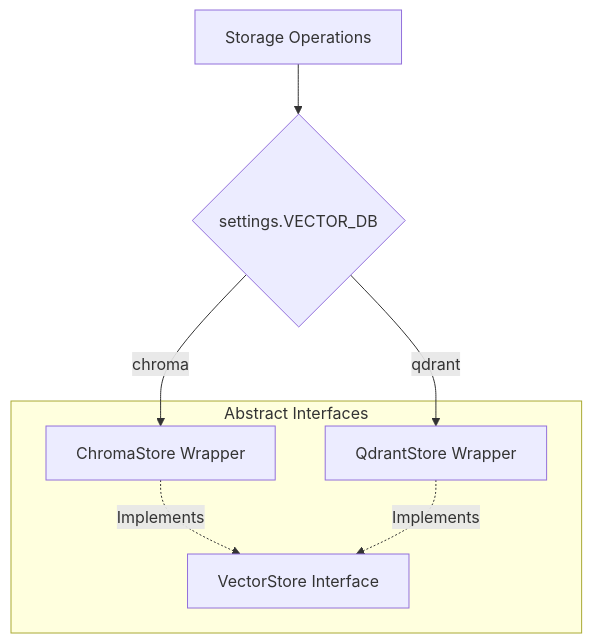
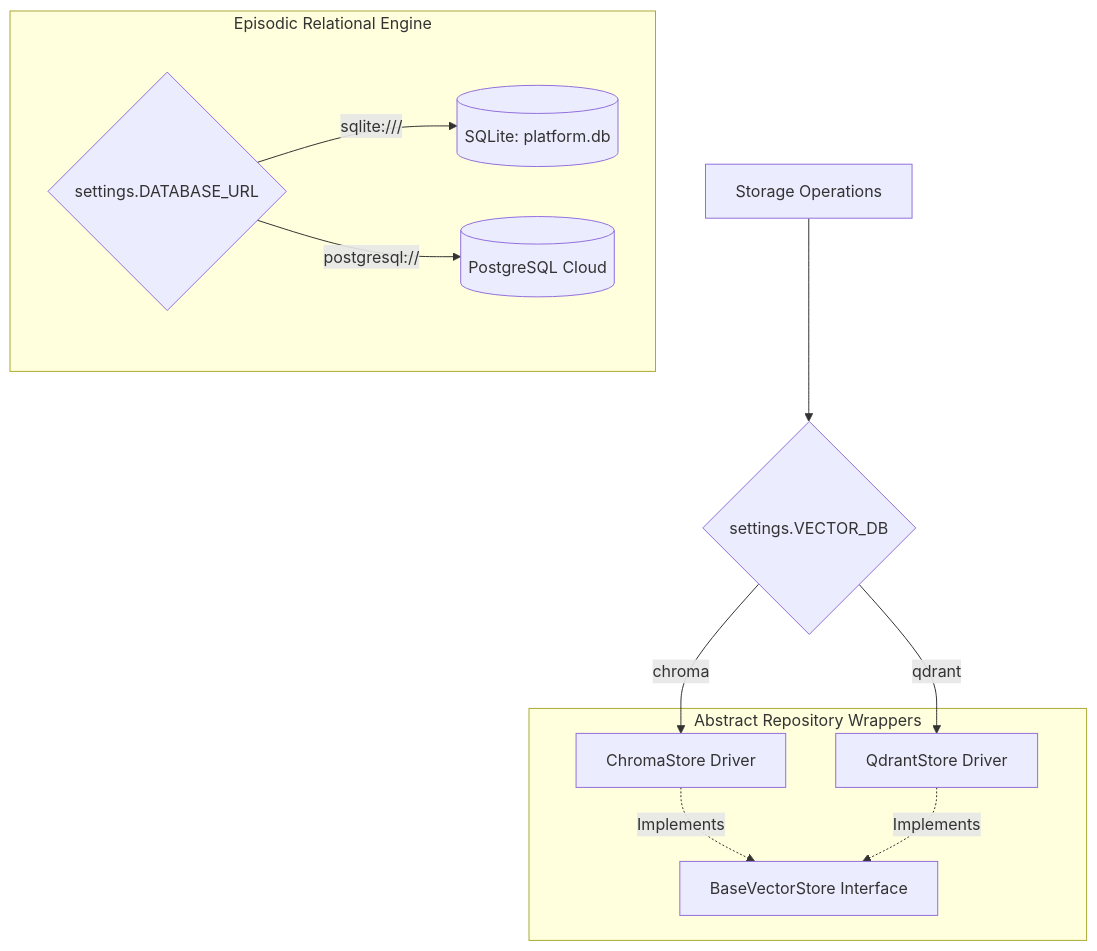
One commit to Akash-paluvai/XLVentures changed the first of 2 diagrams in docs/memory.md. Above: the diagram before and after it, drawn with Mermaid. The commit also changed other lines of this file and 5 other files, not shown here.

Commit message:
docs: complete detailed document directory with architecture, planner, memory, agents, and deployment guides

````diff
--- a/docs/memory.md
+++ b/docs/memory.md
@@ -31,11 +9,17 @@
 ```mermaid
 graph TD
     Sub[Storage Operations] --> Factory{settings.VECTOR_DB}
-    Factory -->|chroma| Chroma[ChromaStore Wrapper]
-    Factory -->|qdrant| Qdrant[QdrantStore Wrapper]
+    Factory -->|chroma| Chroma[ChromaStore Driver]
+    Factory -->|qdrant| Qdrant[QdrantStore Driver]
 
-    subgraph Core APIs [Abstract Interfaces]
-        Chroma -.->|Implements| Base[VectorStore Interface]
-        Qdrant -.->|Implements| Base
+    subgraph Relational [Episodic Relational Engine]
+        DBFactory{settings.DATABASE_URL}
+        DBFactory -->|sqlite:///| SQLite[(SQLite: platform.db)]
+        DBFactory -->|postgresql://| Postgres[(PostgreSQL Cloud)]
+    end
+
+    subgraph Core APIs [Abstract Repository Wrappers]
+        Chroma -.->|Implements| BaseVec[BaseVectorStore Interface]
+        Qdrant -.->|Implements| BaseVec
     end
 ```
````
